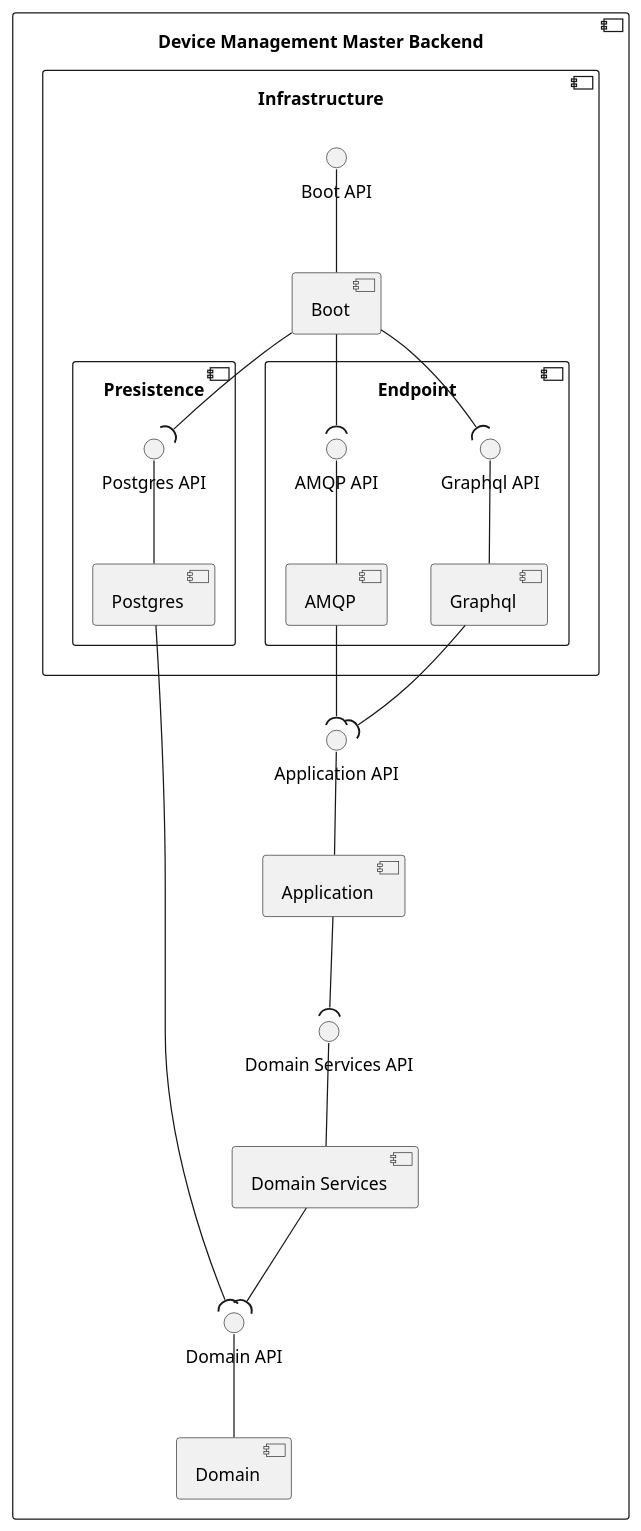
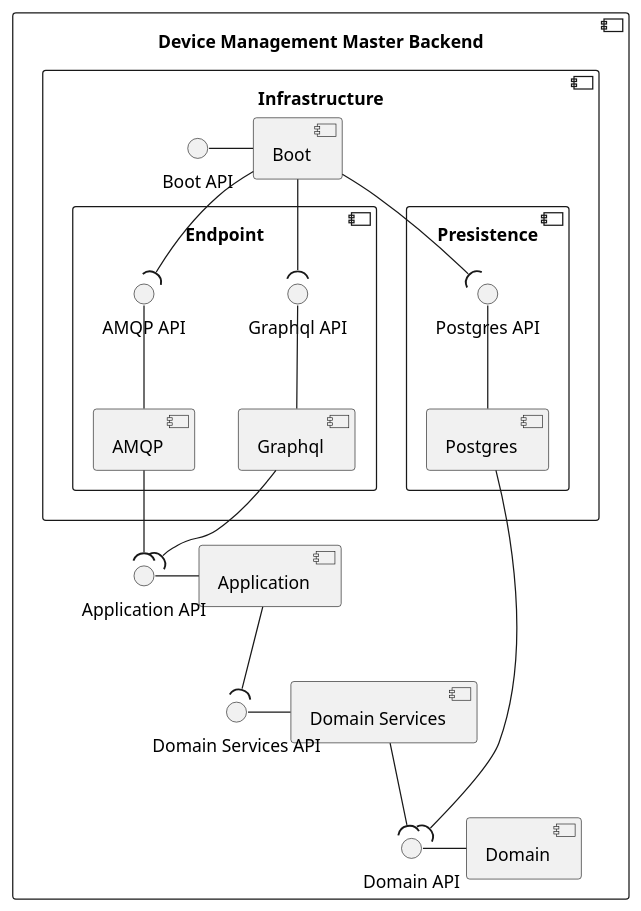
One commit to FilipeMCruz/sensae-console changed the diagram in docs/architecture/diagrams/logical/logical-view-level3-device-management-master-backend.pu. Above: the diagram before and after it, drawn with PlantUML. The commit also changed 1 other file, not shown here.

```diff
--- a/docs/architecture/diagrams/logical/logical-view-level3-device-management-master-backend.pu
+++ b/docs/architecture/diagrams/logical/logical-view-level3-device-management-master-backend.pu
@@ -1,47 +1,47 @@
 @startuml logical-view-level3-device-management-master-backend
 
 skinparam Monochrome true
 
 component "Device Management Master Backend" {
     component "Application" as APP
     component "Domain" as DOM
     component "Domain Services" as DOM_SERV
     component "Infrastructure" as INFRA {
         component "Boot" as BOOT
         component "Presistence" as PERSIST {
             component "Postgres" as POSTG
             interface "Postgres API" as POSTG_API
         }
         component "Endpoint" as ENDPOINT {
             component "Graphql" as GRAPH
             component "AMQP" as AMQP
             interface "Graphql API" as GRAPH_API
             interface "AMQP API" as AMQP_API
         }
         interface "Boot API" as BOOT_API
     }
 
     interface "Application API" as APP_API
     interface "Domain API" as DOM_API
     interface "Domain Services API" as DOM_SERV_API
 
     GRAPH_API -- GRAPH
-    DOM_API -- DOM
-    DOM_SERV_API -- DOM_SERV
+    DOM_API - DOM
+    DOM_SERV_API - DOM_SERV
 
     POSTG_API -- POSTG
     AMQP_API -- AMQP
-    APP_API -- APP
-    BOOT_API -- BOOT
+    APP_API - APP
+    BOOT_API - BOOT
 
     AMQP --( APP_API
     POSTG --( DOM_API
     GRAPH --( APP_API
     APP --( DOM_SERV_API
     DOM_SERV --( DOM_API
     BOOT --( GRAPH_API
     BOOT --( POSTG_API
     BOOT --( AMQP_API
 }
 
 @enduml
```
